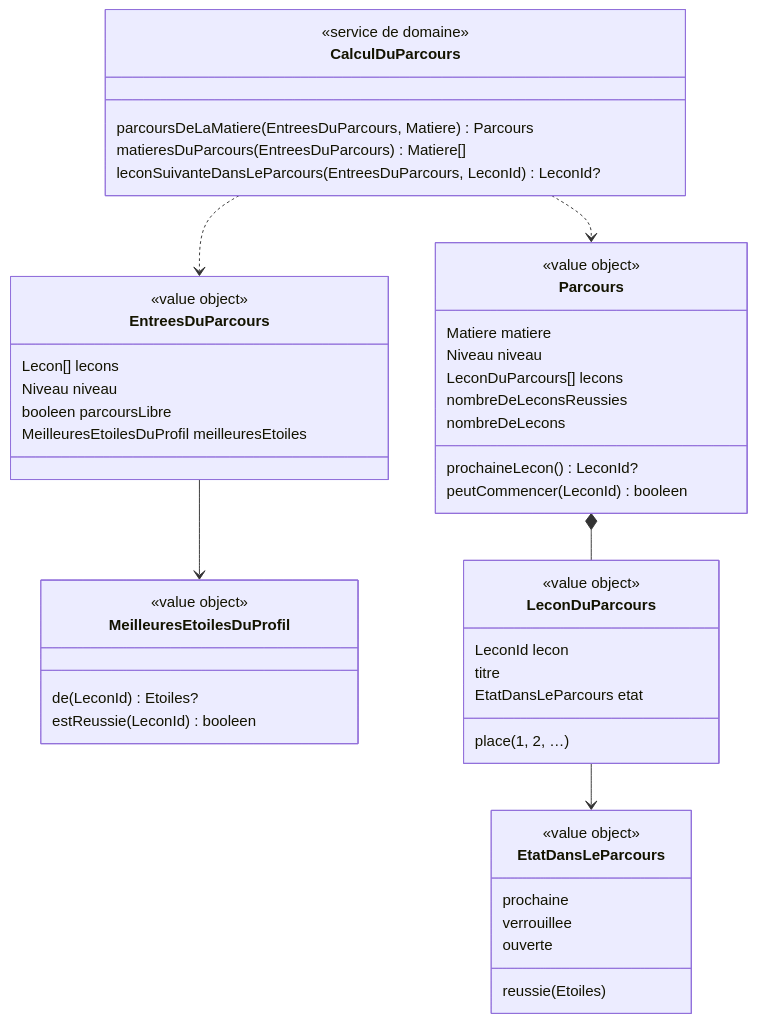
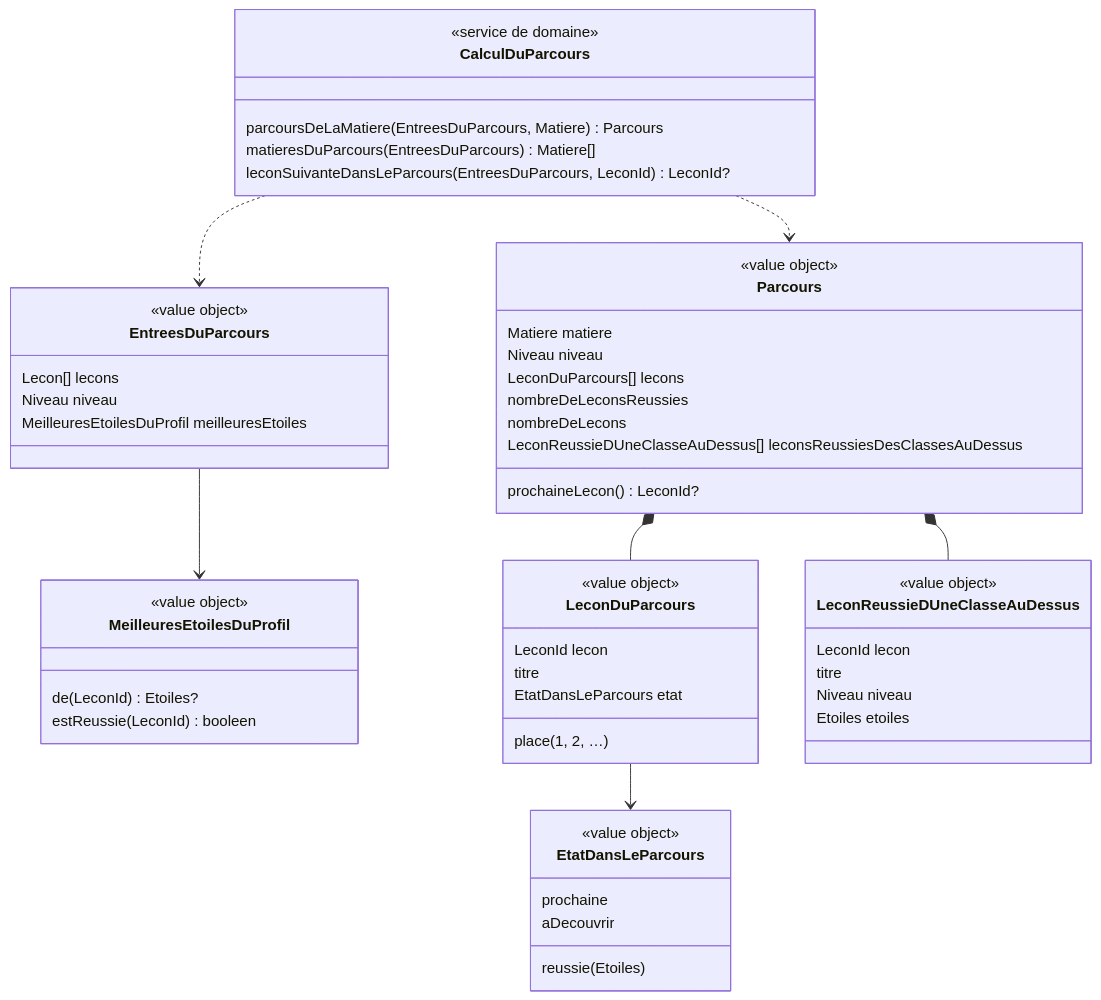
The diagram in docs/stories/25/domain-model.md (SBA-dev/github-move), drawn with Mermaid before and after one commit. The commit also changed other lines of this file and 2 other files, not shown here.

First line of the commit message:
docs(#25): modèle du parcours sans verrou, selon les réponses du PO

````diff
--- a/docs/stories/25/domain-model.md
+++ b/docs/stories/25/domain-model.md
@@ -48,50 +74,56 @@
 ```mermaid
 classDiagram
   class CalculDuParcours {
     <<service de domaine>>
     parcoursDeLaMatiere(EntreesDuParcours, Matiere) Parcours
     matieresDuParcours(EntreesDuParcours) Matiere[]
     leconSuivanteDansLeParcours(EntreesDuParcours, LeconId) LeconId?
   }
   class EntreesDuParcours {
     <<value object>>
     Lecon[] lecons
     Niveau niveau
-    booleen parcoursLibre
     MeilleuresEtoilesDuProfil meilleuresEtoiles
   }
   class MeilleuresEtoilesDuProfil {
     <<value object>>
     de(LeconId) Etoiles?
     estReussie(LeconId) booleen
   }
   class Parcours {
     <<value object>>
     Matiere matiere
     Niveau niveau
     LeconDuParcours[] lecons
     nombreDeLeconsReussies
     nombreDeLecons
     prochaineLecon() LeconId?
-    peutCommencer(LeconId) booleen
+    LeconReussieDUneClasseAuDessus[] leconsReussiesDesClassesAuDessus
   }
   class LeconDuParcours {
     <<value object>>
     LeconId lecon
     titre
     place (1, 2, …)
     EtatDansLeParcours etat
   }
   class EtatDansLeParcours {
     <<value object>>
     reussie(Etoiles)
     prochaine
-    verrouillee
-    ouverte
+    aDecouvrir
+  }
+  class LeconReussieDUneClasseAuDessus {
+    <<value object>>
+    LeconId lecon
+    titre
+    Niveau niveau
+    Etoiles etoiles
   }
   CalculDuParcours ..> EntreesDuParcours
   CalculDuParcours ..> Parcours
   Parcours *-- LeconDuParcours
+  Parcours *-- LeconReussieDUneClasseAuDessus
   LeconDuParcours --> EtatDansLeParcours
   EntreesDuParcours --> MeilleuresEtoilesDuProfil
 ```
````
